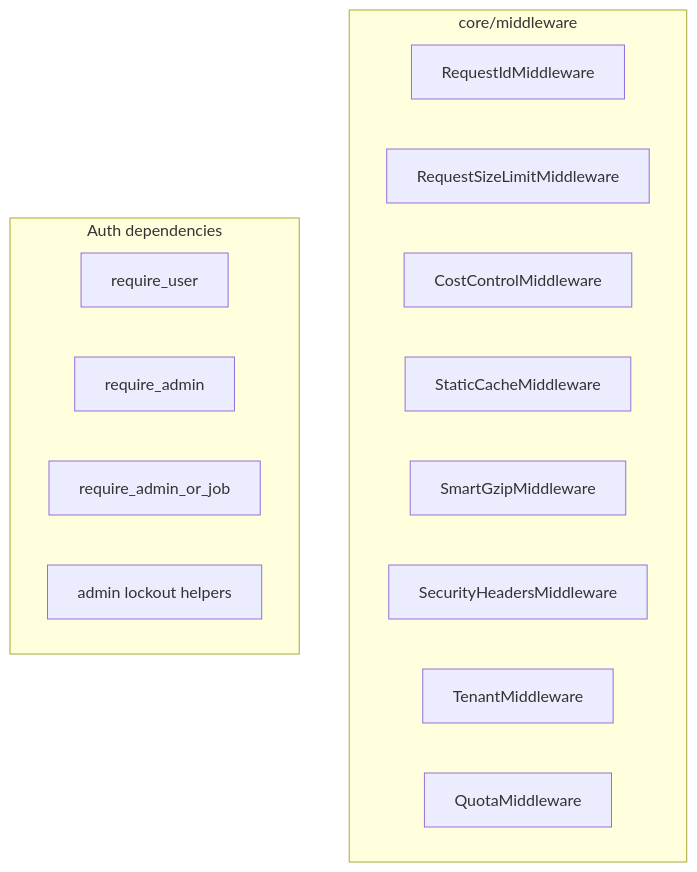
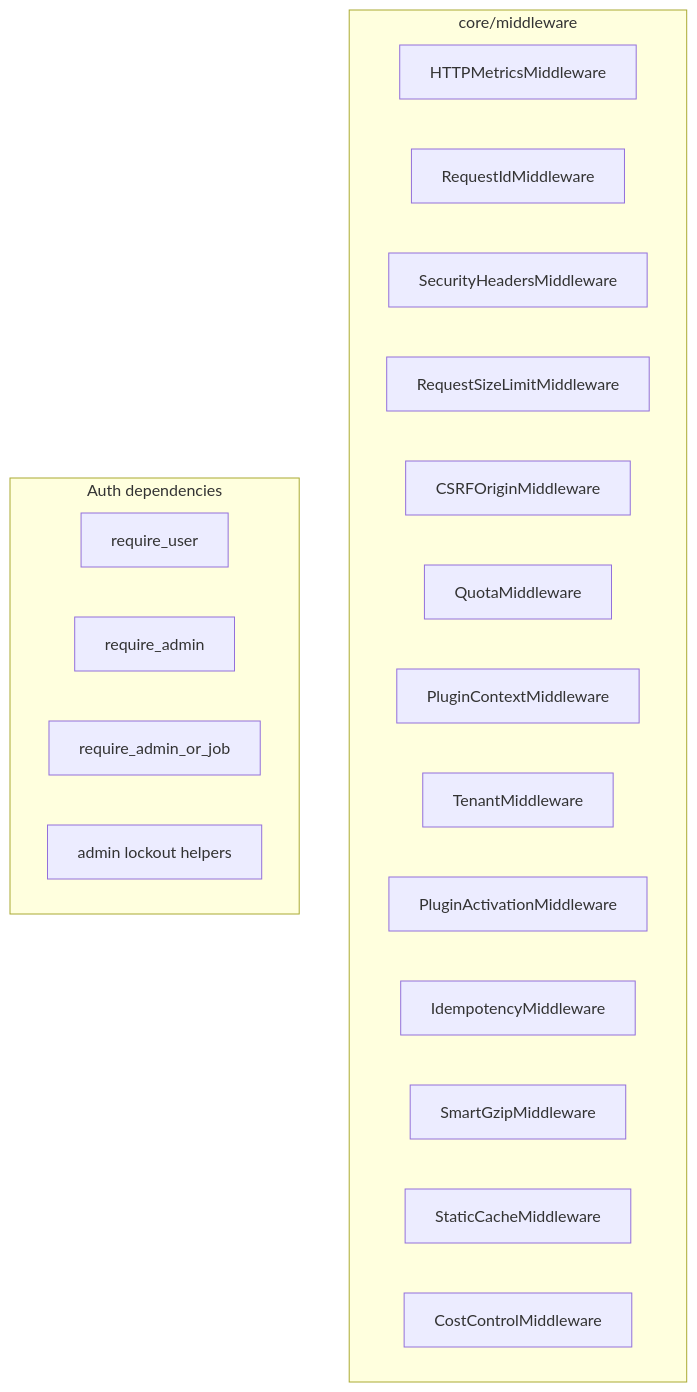
The diagram in mkdocs-site/docs/core-modules/middleware.md (baselithcore/baselithcore), drawn with Mermaid before and after one commit. The commit also changed other lines of this file and 116 other files, not shown here.

Commit message:
docs: update documentation across all core modules, plugins, and architecture guides alongside internal core logic refinements and test suite updates.

````diff
--- a/mkdocs-site/docs/core-modules/middleware.md
+++ b/mkdocs-site/docs/core-modules/middleware.md
@@ -14,20 +14,25 @@
 ```mermaid
 graph TB
     subgraph MW["core/middleware"]
+        Metrics[HTTPMetricsMiddleware]
         ReqId[RequestIdMiddleware]
+        SecHdr[SecurityHeadersMiddleware]
         Size[RequestSizeLimitMiddleware]
+        CSRF[CSRFOriginMiddleware]
+        Quota[QuotaMiddleware]
+        PlugCtx[PluginContextMiddleware]
+        Tenant[TenantMiddleware]
+        PlugAct[PluginActivationMiddleware]
+        Idem[IdempotencyMiddleware]
+        Gzip[SmartGzipMiddleware]
+        StaticCache[StaticCacheMiddleware]
         Cost[CostControlMiddleware]
-        StaticCache[StaticCacheMiddleware]
-        Gzip[SmartGzipMiddleware]
-        SecHdr[SecurityHeadersMiddleware]
-        Tenant[TenantMiddleware]
-        Quota[QuotaMiddleware]
     end
 
     subgraph Deps["Auth dependencies"]
         ReqUser[require_user]
         ReqAdmin[require_admin]
         ReqJob[require_admin_or_job]
         Lockout[admin lockout helpers]
     end
 ```
````
